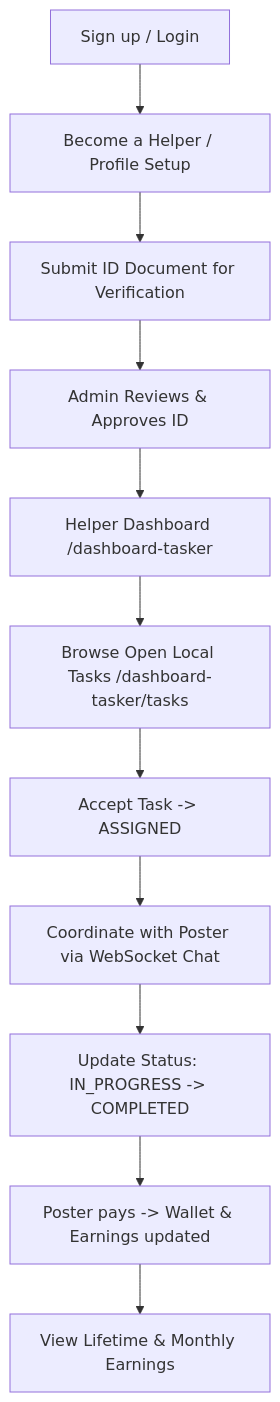
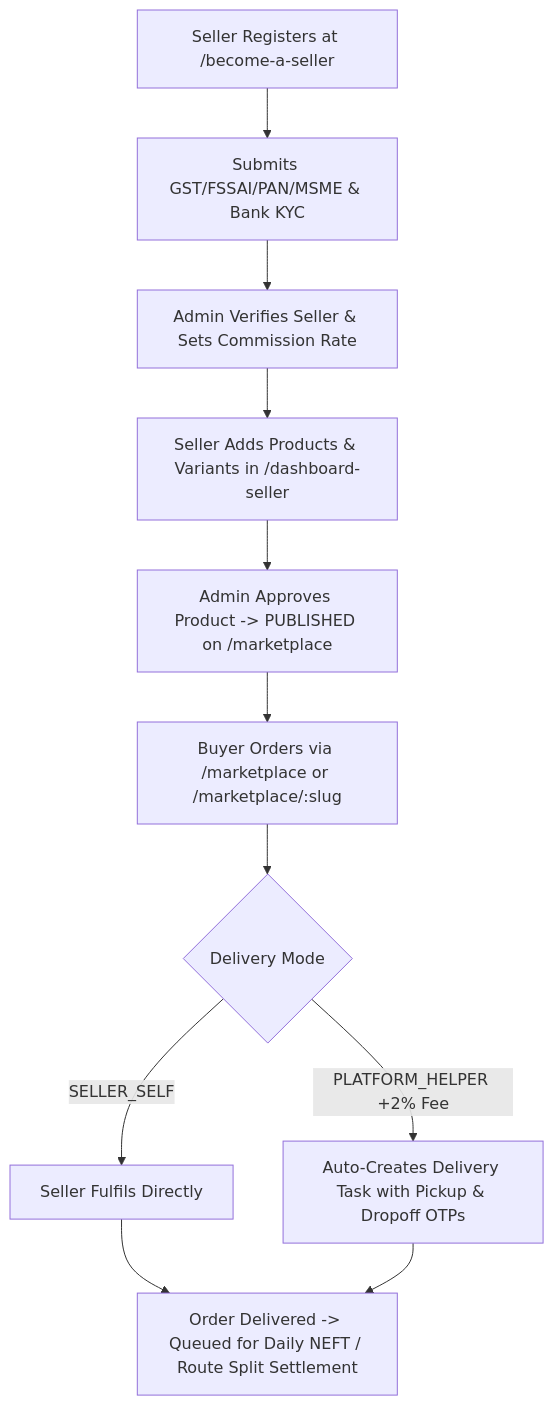
The second of 2 diagrams in memory-bank/productContext.md (priyanandrai/hirebuddy), drawn with Mermaid before and after one commit. The commit also changed other lines of this file and 46 other files, not shown here.

````diff
--- a/memory-bank/productContext.md
+++ b/memory-bank/productContext.md
@@ -44,13 +47,13 @@
 ```mermaid
 flowchart TD
-    A[Sign up / Login] --> B[Become a Helper / Profile Setup]
-    B --> C[Submit ID Document for Verification]
-    C --> D[Admin Reviews & Approves ID]
-    D --> E[Helper Dashboard /dashboard-tasker]
-    E --> F[Browse Open Local Tasks /dashboard-tasker/tasks]
-    F --> G[Accept Task -> ASSIGNED]
-    G --> H[Coordinate with Poster via WebSocket Chat]
-    H --> I[Update Status: IN_PROGRESS -> COMPLETED]
-    I --> J[Poster pays -> Wallet & Earnings updated]
-    J --> K[View Lifetime & Monthly Earnings]
+    A[Seller Registers at /become-a-seller] --> B[Submits GST/FSSAI/PAN/MSME & Bank KYC]
+    B --> C[Admin Verifies Seller & Sets Commission Rate]
+    C --> D[Seller Adds Products & Variants in /dashboard-seller]
+    D --> E[Admin Approves Product -> PUBLISHED on /marketplace]
+    E --> F[Buyer Orders via /marketplace or /marketplace/:slug]
+    F --> G{Delivery Mode}
+    G -->|SELLER_SELF| H[Seller Fulfils Directly]
+    G -->|PLATFORM_HELPER +2% Fee| I[Auto-Creates Delivery Task with Pickup & Dropoff OTPs]
+    H --> J[Order Delivered -> Queued for Daily NEFT / Route Split Settlement]
+    I --> J
 ```
````
